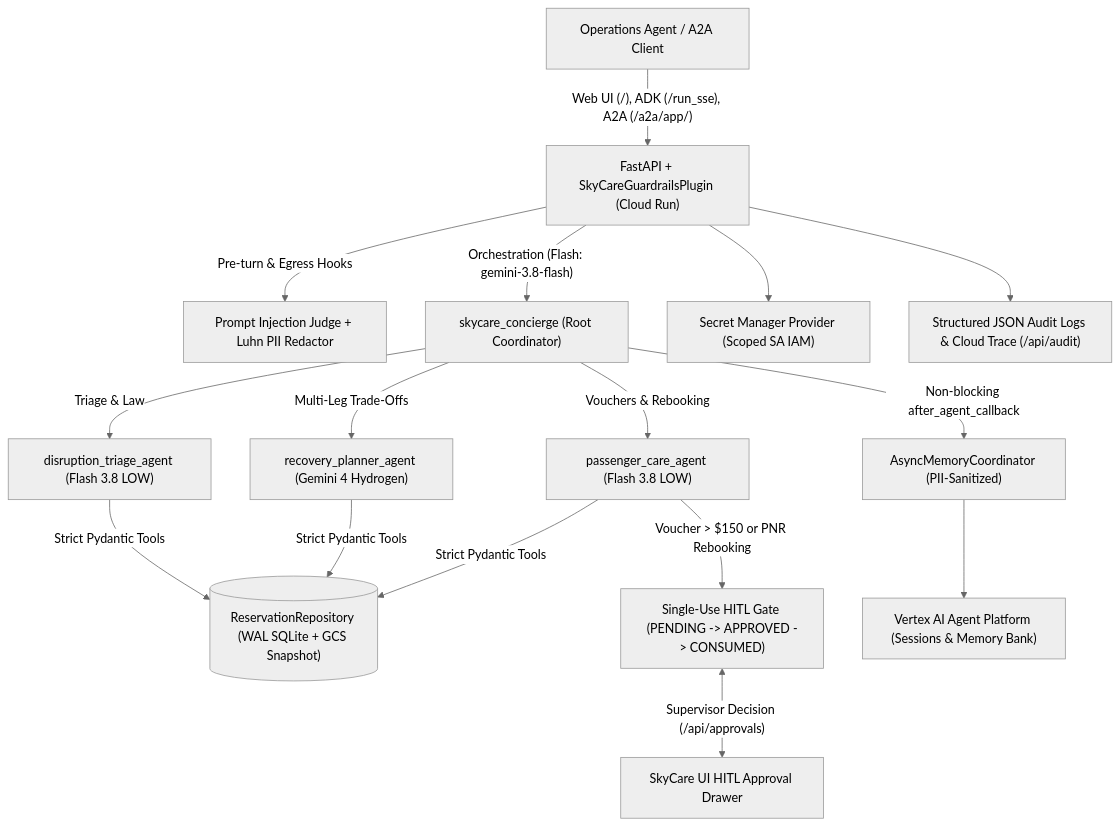
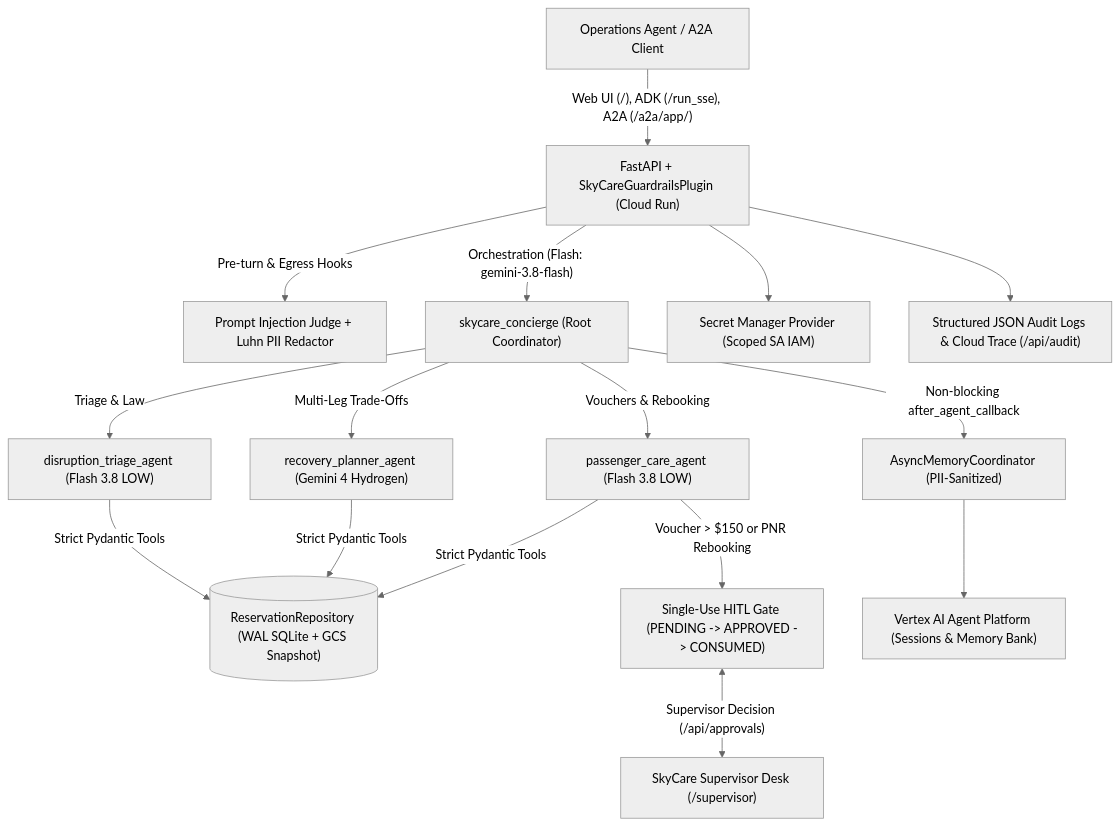
One commit to tpiaggio/skycare-concierge changed the diagram in README.md. Above: the diagram before and after it, drawn with Mermaid (neutral theme). The commit also changed other lines of this file and 11 other files, not shown here.

````diff
--- a/README.md
+++ b/README.md
@@ -17,20 +17,20 @@
 ```mermaid
 flowchart TD
     Operator["Operations Agent / A2A Client"] -->|"Web UI (/), ADK (/run_sse), A2A (/a2a/app/)"| API["FastAPI + SkyCareGuardrailsPlugin (Cloud Run)"]
 
     API -->|"Pre-turn & Egress Hooks"| Guard["Prompt Injection Judge + Luhn PII Redactor"]
     API -->|"Orchestration (Flash: gemini-3.8-flash)"| Coord["skycare_concierge (Root Coordinator)"]
 
     Coord -->|"Triage & Law"| Triage["disruption_triage_agent (Flash 3.8 LOW)"]
     Coord -->|"Multi-Leg Trade-Offs"| Planner["recovery_planner_agent (Gemini 4 Hydrogen)"]
     Coord -->|"Vouchers & Rebooking"| Care["passenger_care_agent (Flash 3.8 LOW)"]
 
     Triage & Planner & Care -->|"Strict Pydantic Tools"| Repo[("ReservationRepository (WAL SQLite + GCS Snapshot)")]
     Care -->|"Voucher > $150 or PNR Rebooking"| HITL["Single-Use HITL Gate (PENDING -> APPROVED -> CONSUMED)"]
-    HITL <-->|"Supervisor Decision (/api/approvals)"| Drawer["SkyCare UI HITL Approval Drawer"]
+    HITL <-->|"Supervisor Decision (/api/approvals)"| Drawer["SkyCare Supervisor Desk (/supervisor)"]
 
     Coord -->|"Non-blocking after_agent_callback"| AsyncMem["AsyncMemoryCoordinator (PII-Sanitized)"]
     AsyncMem --> MemBank["Vertex AI Agent Platform (Sessions & Memory Bank)"]
     API --> Secrets["Secret Manager Provider (Scoped SA IAM)"]
     API --> OTel["Structured JSON Audit Logs & Cloud Trace (/api/audit)"]
 ```
````
